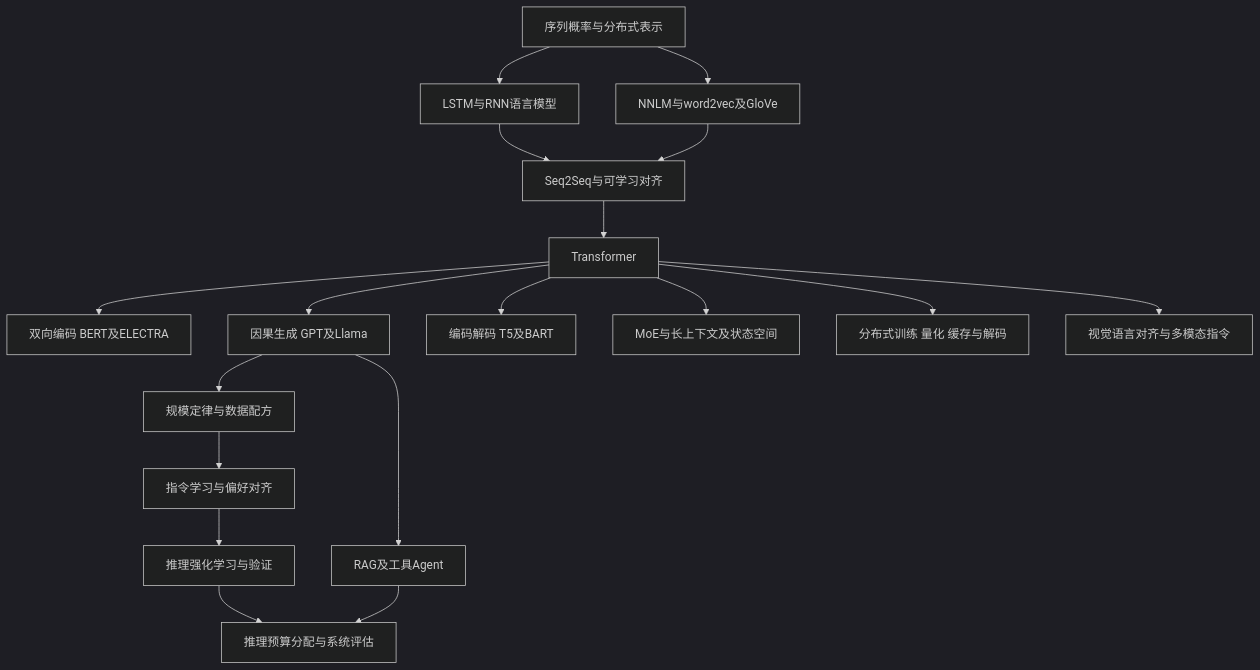
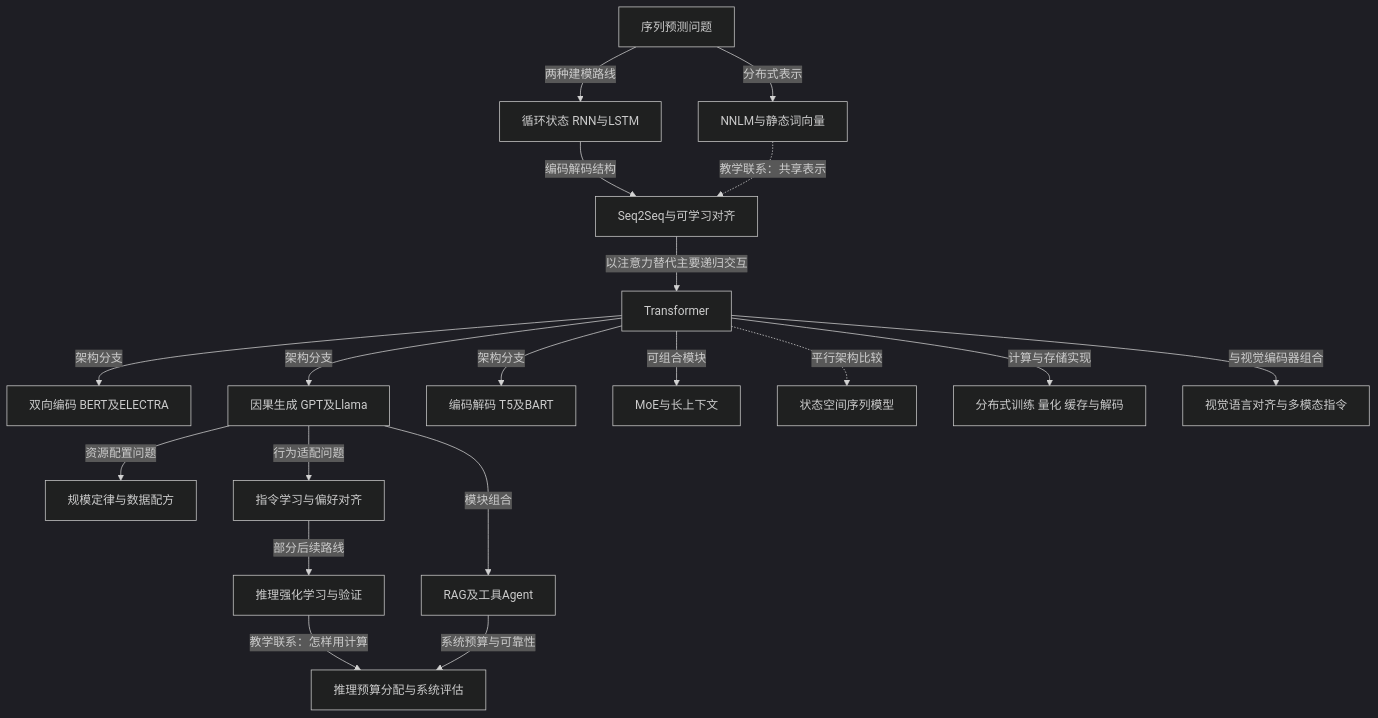
Before and after one commit to wq-win/wq-win.github.io: the diagram in llm/posts/00-发展时间线总览.md, drawn with Mermaid (dark theme). The commit also changed other lines of this file and 99 other files, not shown here.

````diff
--- a/llm/posts/00-发展时间线总览.md
+++ b/llm/posts/00-发展时间线总览.md
@@ -9,20 +9,21 @@
 ```mermaid
 flowchart TD
- A[序列概率与分布式表示] --> B[LSTM与RNN语言模型]
- A --> C[NNLM与word2vec及GloVe]
- B --> D[Seq2Seq与可学习对齐]
- C --> D
- D --> E[Transformer]
- E --> F[双向编码 BERT及ELECTRA]
- E --> G[因果生成 GPT及Llama]
- E --> H[编码解码 T5及BART]
- G --> I[规模定律与数据配方]
- I --> J[指令学习与偏好对齐]
- J --> K[推理强化学习与验证]
- G --> L[RAG及工具Agent]
- K --> M[推理预算分配与系统评估]
- L --> M
- E --> N[MoE与长上下文及状态空间]
- E --> O[分布式训练 量化 缓存与解码]
- E --> P[视觉语言对齐与多模态指令]
+ A[序列预测问题] -->|两种建模路线| B[循环状态 RNN与LSTM]
+ A -->|分布式表示| C[NNLM与静态词向量]
+ B -->|编码解码结构| D[Seq2Seq与可学习对齐]
+ C -.->|教学联系：共享表示| D
+ D -->|以注意力替代主要递归交互| E[Transformer]
+ E -->|架构分支| F[双向编码 BERT及ELECTRA]
+ E -->|架构分支| G[因果生成 GPT及Llama]
+ E -->|架构分支| H[编码解码 T5及BART]
+ G -->|资源配置问题| I[规模定律与数据配方]
+ G -->|行为适配问题| J[指令学习与偏好对齐]
+ J -->|部分后续路线| K[推理强化学习与验证]
+ G -->|模块组合| L[RAG及工具Agent]
+ K -->|教学联系：怎样用计算| M[推理预算分配与系统评估]
+ L -->|系统预算与可靠性| M
+ E -->|可组合模块| N[MoE与长上下文]
+ E -.->|平行架构比较| S[状态空间序列模型]
+ E -->|计算与存储实现| O[分布式训练 量化 缓存与解码]
+ E -->|与视觉编码器组合| P[视觉语言对齐与多模态指令]
 ```
````
